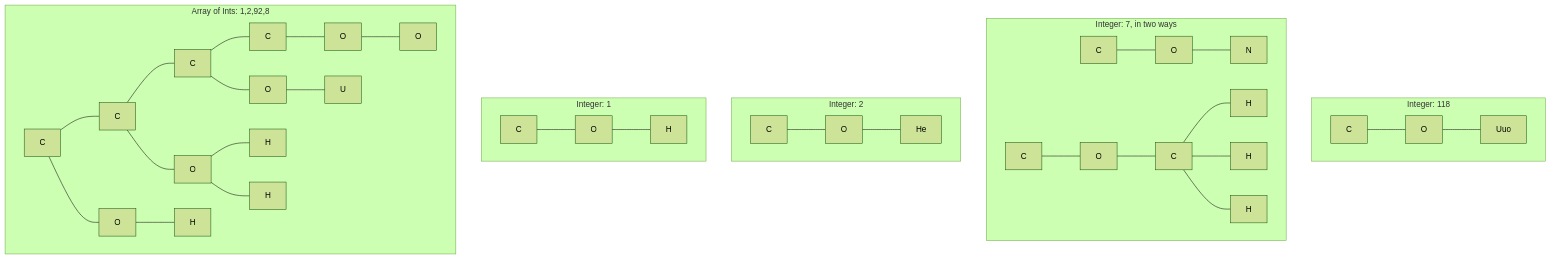
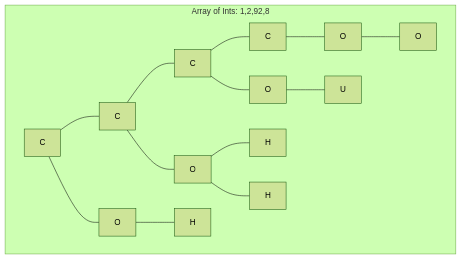
Before and after one commit to bigyihsuan/EsotericReaction: the fifth of 7 diagrams in README.md, drawn with Mermaid (forest theme). The commit also changed other lines of this file and 10 other files, not shown here.

````diff
--- a/README.md
+++ b/README.md
@@ -127,27 +88,11 @@
 ```mermaid
 graph TD
-
-subgraph int118[Integer: 118]
-c118[C] --- o118[O] --- uuo[Uuo]
-end
-subgraph int5 [Integer: 7, in two ways]
-c51[C] --- o51[O] --- i51[N]
-c52[C] --- o52[O] --- c522[C] --- H521[H]
-c522 --- H522[H]
-c522 --- H523[H]
-end
-subgraph int2 [Integer: 2]
-c2[C] --- o2[O] --- he2[He]
-end
-subgraph int1 [Integer: 1]
-c1[C] --- o1[O] --- h1[H]
-end
 
 subgraph arr1 [Array of Ints: 1,2,92,8]
 ca0[C] --- ca1[C] --- ca2[C] --- ca3[C]
 ca0 --- oa0[O]--- ha0[H]
 ca1 --- oa1[O]--- ha1[H] & ha12[H]
 ca2 --- oa2[O]--- ua2[U]
 ca3 --- oa3[O]--- oa32[O]
 end
 ```
````
